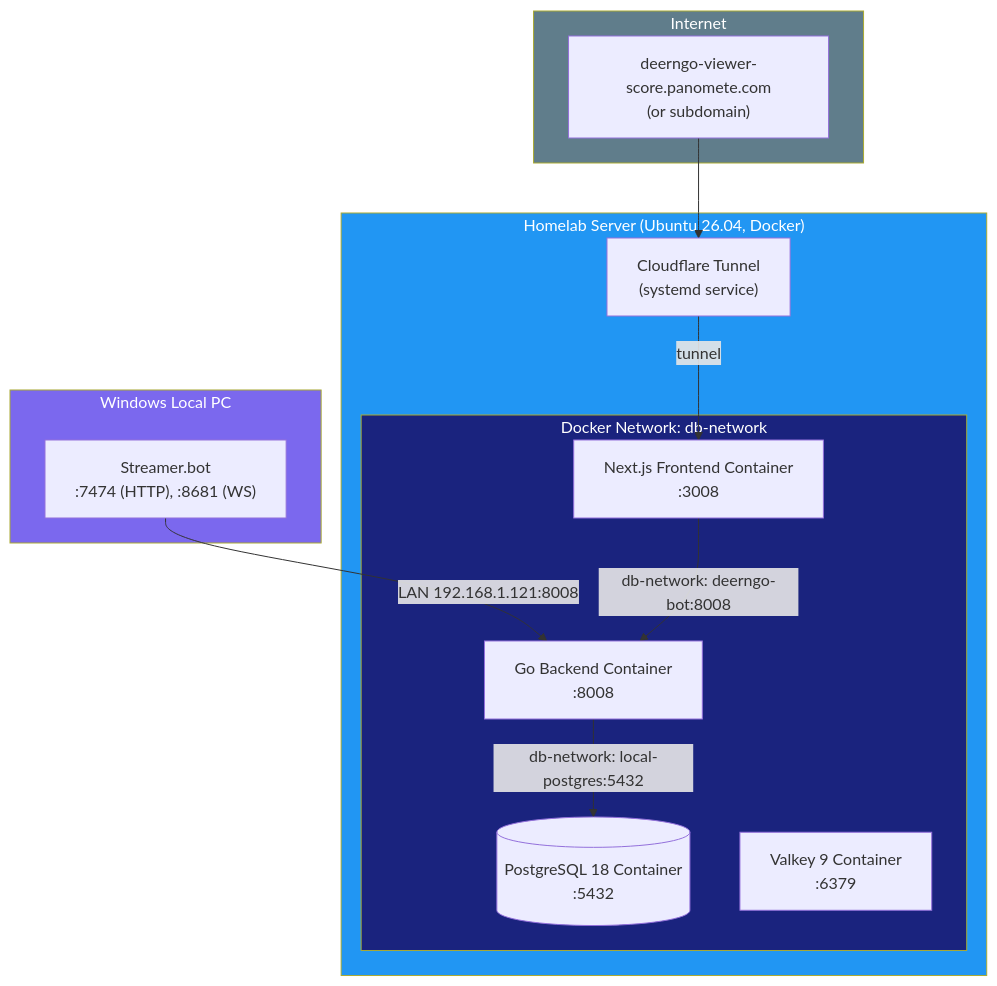
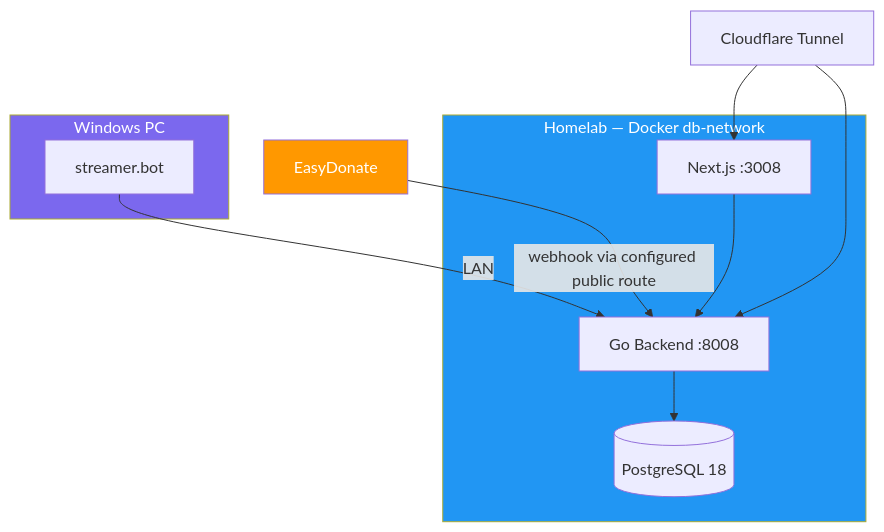
One commit to oat431/document_template changed the third of 3 diagrams in external_spec/deerngo_bot/02_design/025_software_architecture_document.md. Above: the diagram before and after it, drawn with Mermaid. The commit also changed other lines of this file and 32 other files, not shown here.

````diff
--- a/external_spec/deerngo_bot/02_design/025_software_architecture_document.md
+++ b/external_spec/deerngo_bot/02_design/025_software_architecture_document.md
@@ -342,31 +239,24 @@
 ```mermaid
 flowchart TB
-    subgraph LocalPC["Windows Local PC"]
-        SB["Streamer.bot<br>:7474 (HTTP), :8681 (WS)"]
+    subgraph PC["Windows PC"]
+        SB["streamer.bot"]
     end
+    subgraph Home["Homelab — Docker db-network"]
+        Go["Go Backend :8008"]
+        Web["Next.js :3008"]
+        PG[("PostgreSQL 18")]
+    end
+    ED["EasyDonate"]
+    CF["Cloudflare Tunnel"]
 
-    subgraph Homelab["Homelab Server (Ubuntu 26.04, Docker)"]
-        subgraph DockerNet["Docker Network: db-network"]
-            Go["Go Backend Container<br>:8008"]
-            Next["Next.js Frontend Container<br>:3008"]
-            PG[("PostgreSQL 18 Container<br>:5432")]
-            Valkey["Valkey 9 Container<br>:6379"]
-        end
-        CF["Cloudflare Tunnel<br>(systemd service)"]
-    end
+    SB -->|"LAN"| Go
+    ED -->|"webhook via configured public route"| Go
+    Go --> PG
+    Web --> Go
+    CF --> Web
+    CF --> Go
 
-    subgraph Internet["Internet"]
-        DNS["deerngo-viewer-score.panomete.com<br>(or subdomain)"]
-    end
-
-    SB -->|"LAN 192.168.1.121:8008"| Go
-    Go -->|"db-network: local-postgres:5432"| PG
-    Next -->|"db-network: deerngo-bot:8008"| Go
-    CF -->|"tunnel"| Next
-    DNS --> CF
-
-    style LocalPC fill:#7B68EE,color:#fff
-    style Homelab fill:#2196F3,color:#fff
-    style DockerNet fill:#1a237e,color:#fff
-    style Internet fill:#607D8B,color:#fff
+    style PC fill:#7B68EE,color:#fff
+    style Home fill:#2196F3,color:#fff
+    style ED fill:#FF9800,color:#fff
 ```
````
